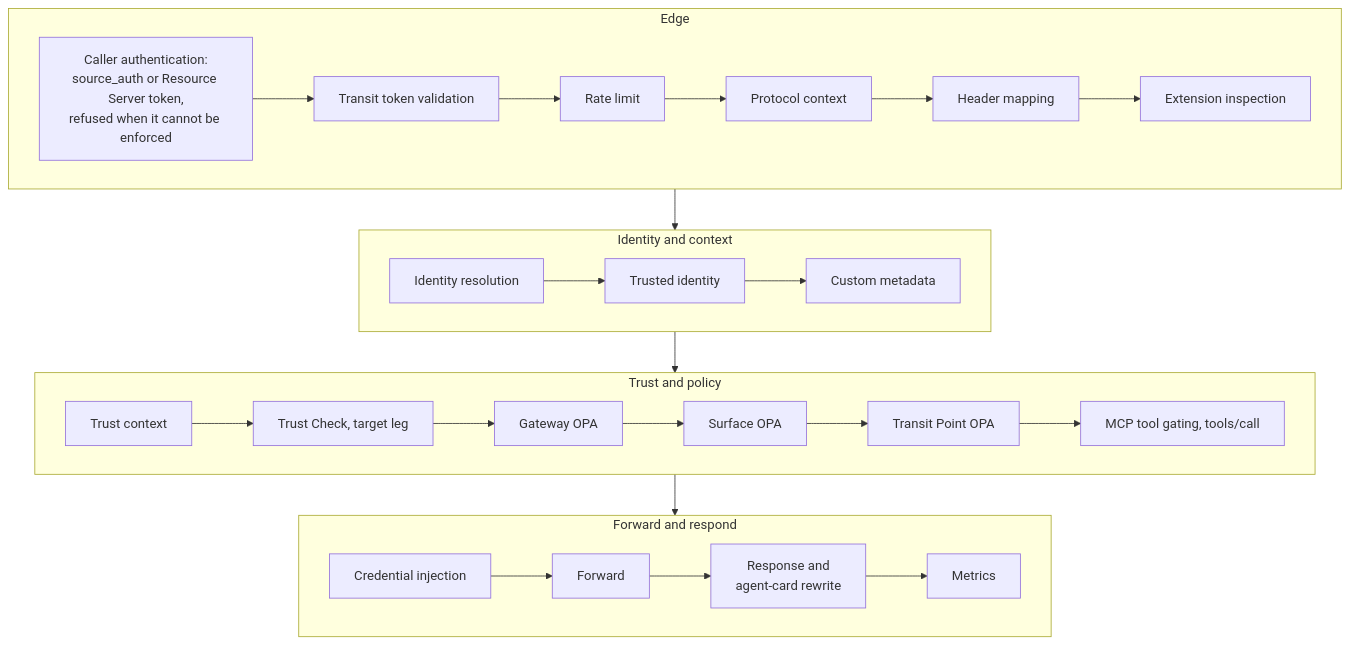
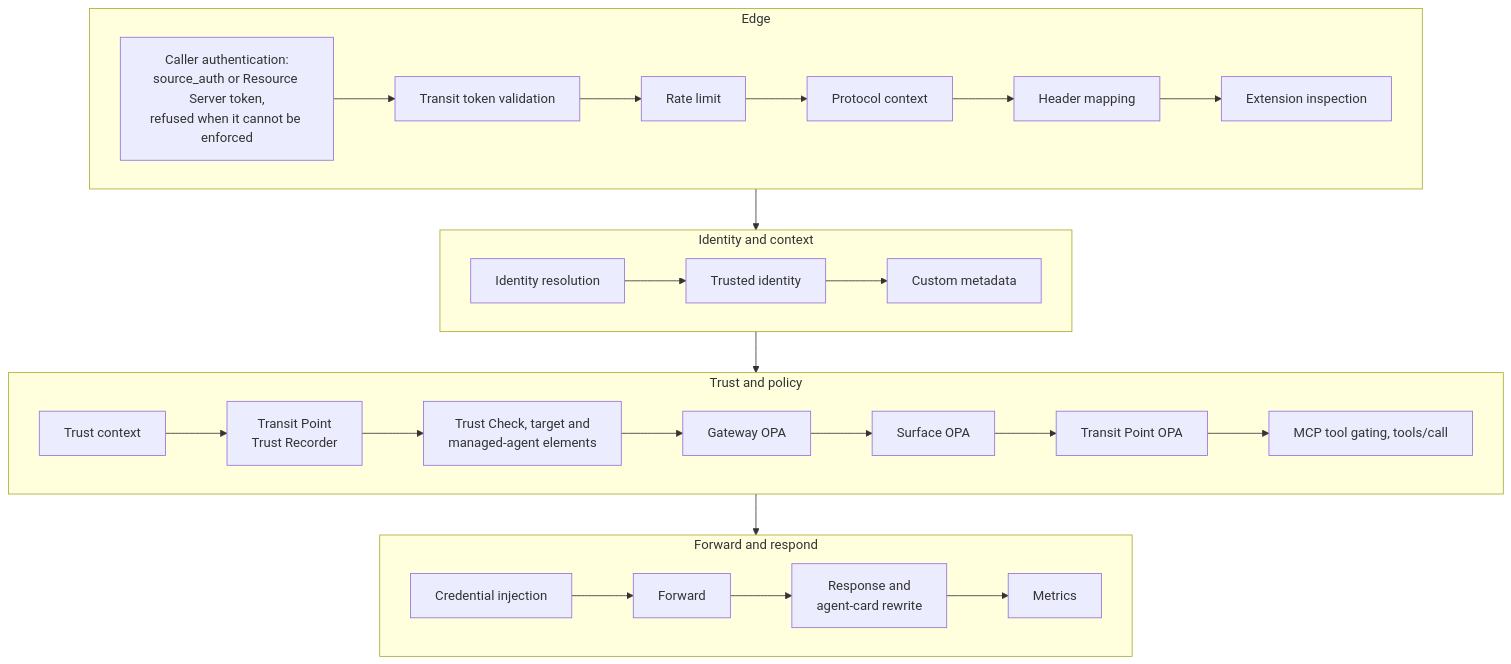
The second of 4 diagrams in ARCHITECTURE.md (affinidi-ai/agent-gateway), drawn with Mermaid before and after one commit. The commit also changed other lines of this file and 71 other files, not shown here.

````diff
--- a/ARCHITECTURE.md
+++ b/ARCHITECTURE.md
@@ -187,20 +187,20 @@
 ```mermaid
 flowchart TB
     subgraph E["Edge"]
         direction LR
         AR["Caller authentication:<br/>source_auth or Resource Server token,<br/>refused when it cannot be enforced"] --> A0[Transit token validation] --> A2[Rate limit] --> A3[Protocol context] --> A4[Header mapping] --> A5[Extension inspection]
     end
     subgraph I["Identity and context"]
         direction LR
         B1[Identity resolution] --> B2[Trusted identity] --> B3[Custom metadata]
     end
     subgraph P["Trust and policy"]
         direction LR
-        C0[Trust context] --> C1["Trust Check, target leg"] --> C2[Gateway OPA] --> C3[Surface OPA] --> C4[Transit Point OPA] --> C5["MCP tool gating, tools/call"]
+        C0[Trust context] --> C0a["Transit Point<br/>Trust Recorder"] --> C1["Trust Check, target and<br/>managed-agent elements"] --> C2[Gateway OPA] --> C3[Surface OPA] --> C4[Transit Point OPA] --> C5["MCP tool gating, tools/call"]
     end
     subgraph F["Forward and respond"]
         direction LR
         D0[Credential injection] --> D1[Forward] --> D2["Response and<br/>agent-card rewrite"] --> D3[Metrics]
     end
     E --> I --> P --> F
 ```
````
